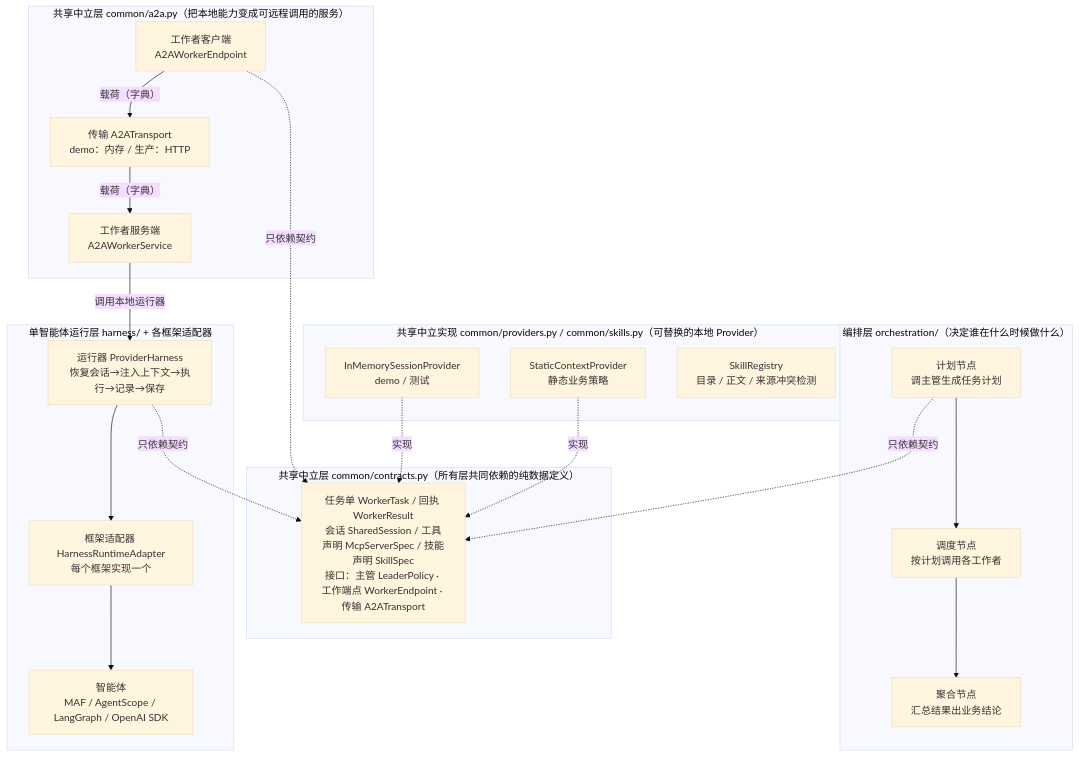
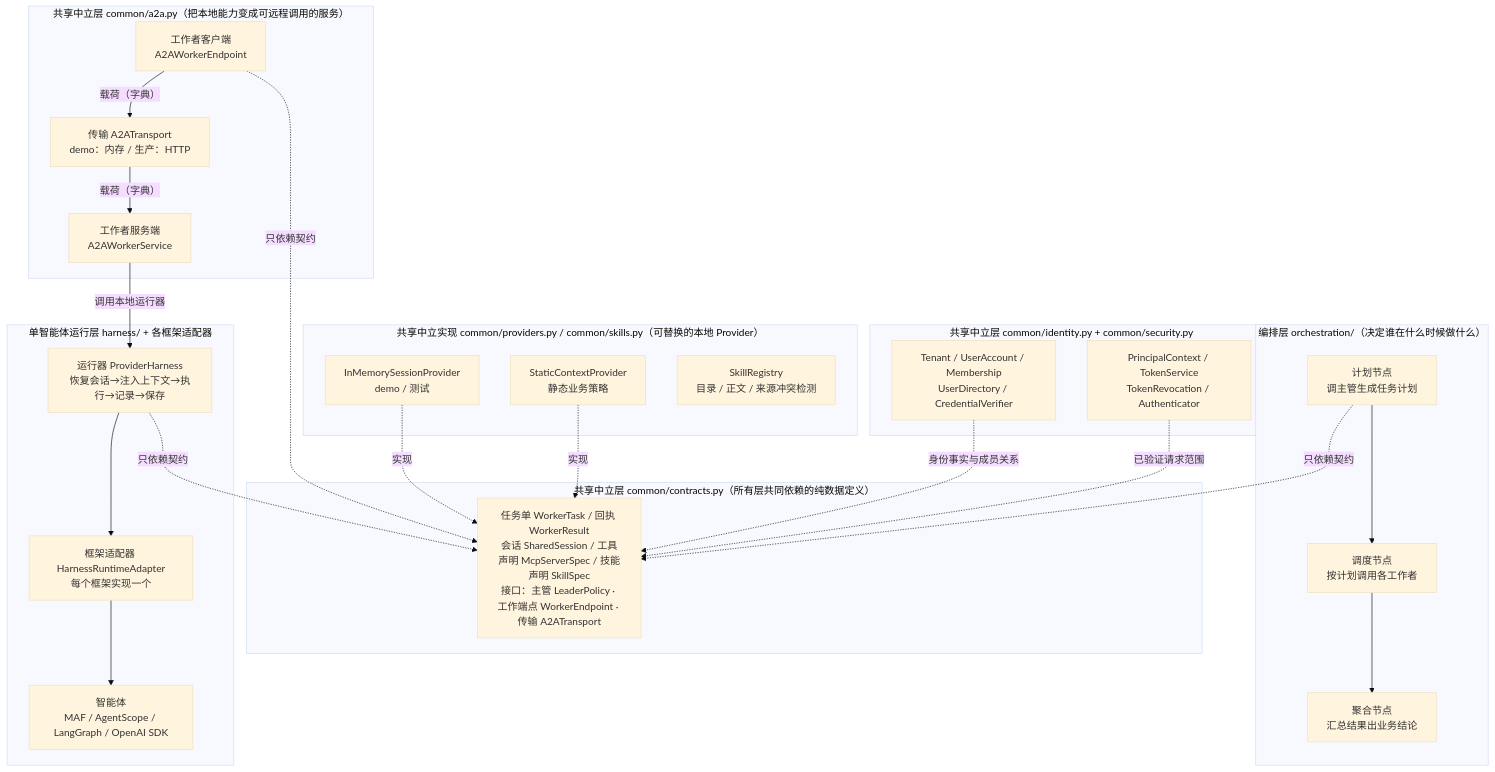
The first of 5 diagrams in docs/01_架构设计.md (thisisfangsheng/UniversalContract), drawn with Mermaid (base theme) before and after one commit. The commit also changed other lines of this file and 22 other files, not shown here.

````diff
--- a/docs/01_架构设计.md
+++ b/docs/01_架构设计.md
@@ -36,31 +38,38 @@
 ```mermaid
 flowchart TB
     subgraph 编排层["编排层 orchestration/（决定谁在什么时候做什么）"]
         PE["计划节点<br/>调主管生成任务计划"] --> DE["调度节点<br/>按计划调用各工作者"] --> AE["聚合节点<br/>汇总结果出业务结论"]
     end
 
     subgraph 契约层["共享中立层 common/contracts.py（所有层共同依赖的纯数据定义）"]
         TYPES["任务单 WorkerTask / 回执 WorkerResult<br/>会话 SharedSession / 工具声明 McpServerSpec / 技能声明 SkillSpec<br/>接口：主管 LeaderPolicy · 工作端点 WorkerEndpoint · 传输 A2ATransport"]
+    end
+
+    subgraph 身份契约["共享中立层 common/identity.py + common/security.py"]
+        ID["Tenant / UserAccount / Membership<br/>UserDirectory / CredentialVerifier"]
+        SEC["PrincipalContext / TokenService<br/>TokenRevocation / Authenticator"]
     end
 
     subgraph 协议层["共享中立层 common/a2a.py（把本地能力变成可远程调用的服务）"]
         CLIENT["工作者客户端<br/>A2AWorkerEndpoint"] -->|"载荷（字典）"| TRANS["传输 A2ATransport<br/>demo：内存 / 生产：HTTP"] -->|"载荷（字典）"| SERVER["工作者服务端<br/>A2AWorkerService"]
     end
 
     subgraph Provider实现["共享中立实现 common/providers.py / common/skills.py（可替换的本地 Provider）"]
         SP["InMemorySessionProvider<br/>demo / 测试"]
         CP["StaticContextProvider<br/>静态业务策略"]
         SK["SkillRegistry<br/>目录 / 正文 / 来源冲突检测"]
     end
 
     subgraph 运行层["单智能体运行层 harness/ + 各框架适配器"]
         PH["运行器 ProviderHarness<br/>恢复会话→注入上下文→执行→记录→保存"] --> RT["框架适配器 HarnessRuntimeAdapter<br/>每个框架实现一个"] --> RA["智能体<br/>MAF / AgentScope / LangGraph / OpenAI SDK"]
     end
 
     PE -.只依赖契约.-> TYPES
     CLIENT -.只依赖契约.-> TYPES
     PH -.只依赖契约.-> TYPES
     SP -.实现.-> TYPES
     CP -.实现.-> TYPES
+    ID -.身份事实与成员关系.-> TYPES
+    SEC -.已验证请求范围.-> TYPES
     SERVER -->|"调用本地运行器"| PH
 ```
````
